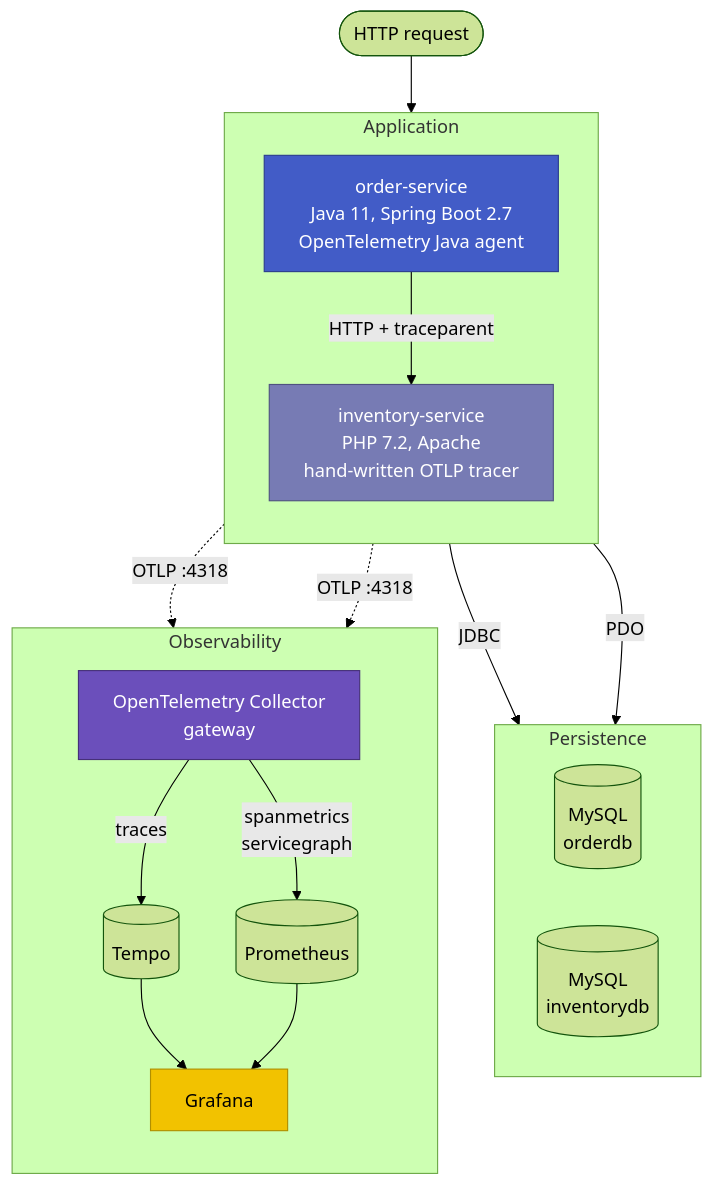
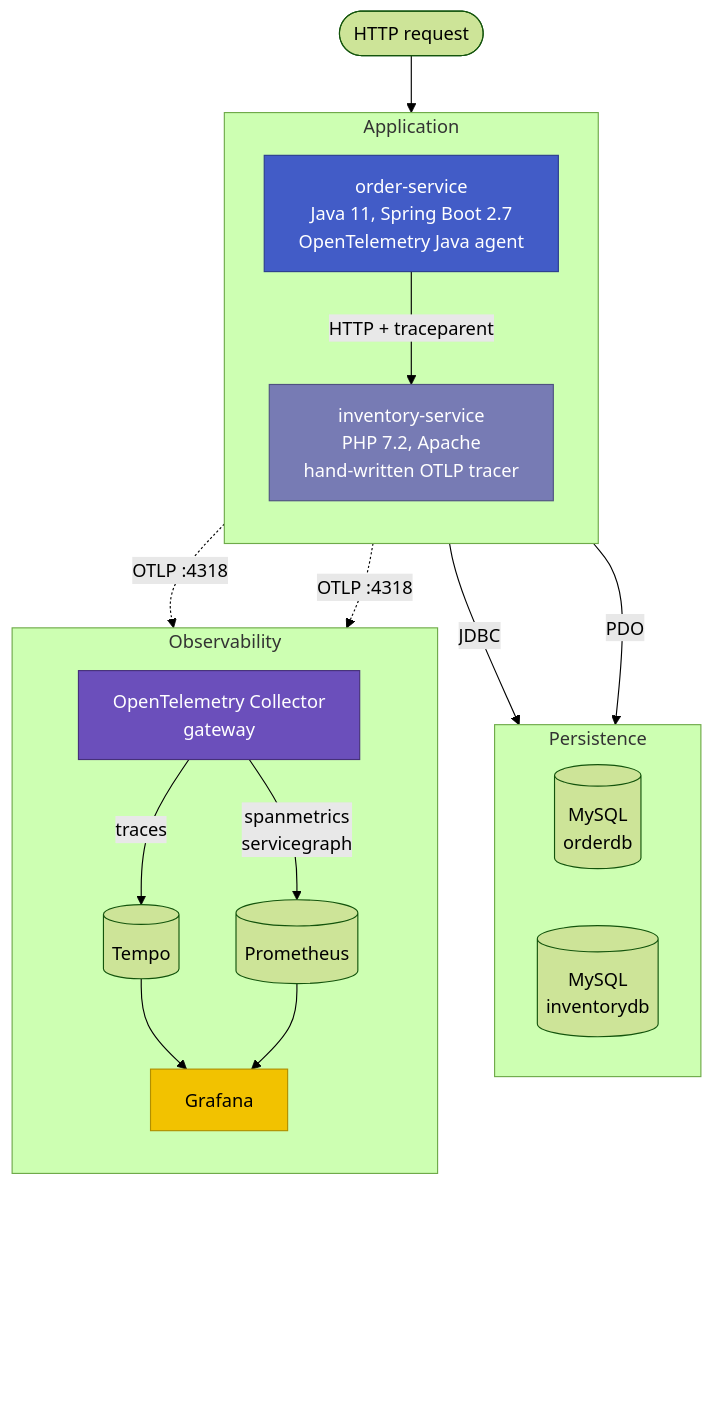
The second of 3 diagrams in README.md (Shadikul-Islam/opentelemetry-distributed-tracing), drawn with Mermaid (forest theme) before and after one commit. The commit also changed other lines of this file, not shown here.

````diff
--- a/README.md
+++ b/README.md
@@ -82,42 +85,47 @@
 ```mermaid
 flowchart TB
     Client(["HTTP request"])
 
     subgraph APP ["Application"]
         direction TB
         OS["order-service<br/>Java 11, Spring Boot 2.7<br/>OpenTelemetry Java agent"]
         IS["inventory-service<br/>PHP 7.2, Apache<br/>hand-written OTLP tracer"]
     end
 
     subgraph DATA ["Persistence"]
         direction LR
         ODB[("MySQL<br/>orderdb")]
         IDB[("MySQL<br/>inventorydb")]
     end
 
     subgraph OBS ["Observability"]
         direction TB
         COL["OpenTelemetry Collector<br/>gateway"]
         TEMPO[("Tempo")]
         PROM[("Prometheus")]
         GRAF["Grafana"]
     end
 
     Client --> OS
     OS -- "JDBC" --> ODB
     OS -- "HTTP + traceparent" --> IS
     IS -- "PDO" --> IDB
 
     OS -. "OTLP :4318" .-> COL
     IS -. "OTLP :4318" .-> COL
 
     COL -- "traces" --> TEMPO
     COL -- "spanmetrics<br/>servicegraph" --> PROM
     TEMPO --> GRAF
     PROM --> GRAF
 
+    GRAF ~~~ PAD1["&nbsp;&nbsp;&nbsp;&nbsp;&nbsp;&nbsp;&nbsp;&nbsp;&nbsp;&nbsp;&nbsp;&nbsp;&nbsp;&nbsp;"]
+    PAD1 ~~~ PAD2["&nbsp;&nbsp;&nbsp;&nbsp;&nbsp;&nbsp;&nbsp;&nbsp;&nbsp;&nbsp;&nbsp;&nbsp;&nbsp;&nbsp;"]
+
+    style PAD1 fill:none,stroke:none
+    style PAD2 fill:none,stroke:none
     style OS fill:#425CC7,stroke:#2b3d8f,color:#fff
     style IS fill:#777BB4,stroke:#4f5280,color:#fff
     style COL fill:#6B4FBB,stroke:#463079,color:#fff
     style GRAF fill:#F2C200,stroke:#b08f00,color:#000
 ```
````
